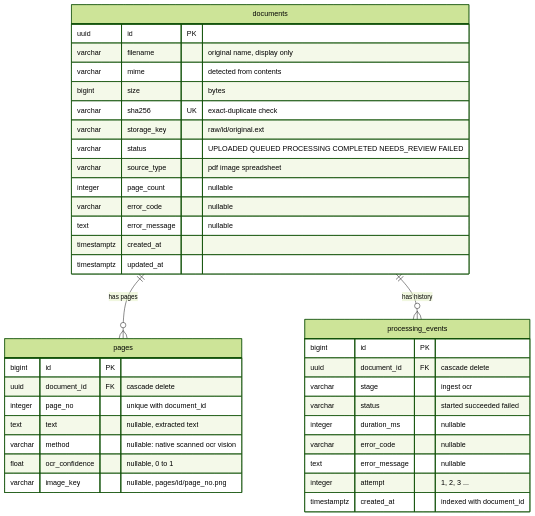
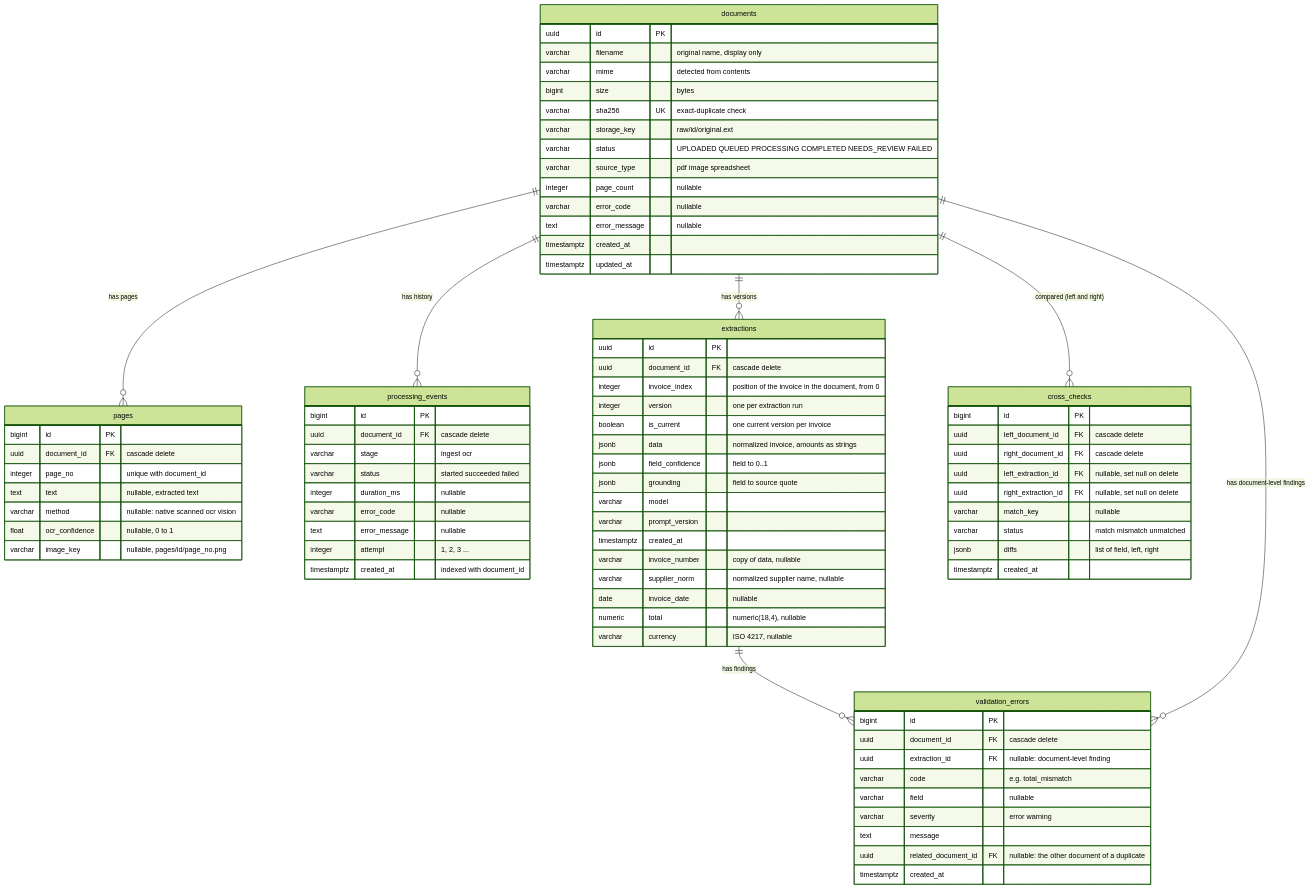
One commit to MdAshiqurRahmanZayed/ai-document-intelligence changed the second of 2 diagrams in docs/database-schema.md. Above: the diagram before and after it, drawn with Mermaid (forest theme). The commit also changed other lines of this file and 4 other files, not shown here.

First line of the commit message:
feat(db): add extraction, validation and cross-check tables

````diff
--- a/docs/database-schema.md
+++ b/docs/database-schema.md
@@ -28,6 +28,10 @@
 erDiagram
     documents ||--o{ pages : "has pages"
     documents ||--o{ processing_events : "has history"
+    documents ||--o{ extractions : "has versions"
+    extractions ||--o{ validation_errors : "has findings"
+    documents ||--o{ validation_errors : "has document-level findings"
+    documents ||--o{ cross_checks : "compared (left and right)"
 
     documents {
         uuid id PK
@@ -66,4 +70,47 @@
         integer attempt "1, 2, 3 ..."
         timestamptz created_at "indexed with document_id"
     }
+
+    extractions {
+        uuid id PK
+        uuid document_id FK "cascade delete"
+        integer invoice_index "position of the invoice in the document, from 0"
+        integer version "one per extraction run"
+        boolean is_current "one current version per invoice"
+        jsonb data "normalized invoice, amounts as strings"
+        jsonb field_confidence "field to 0..1"
+        jsonb grounding "field to source quote"
+        varchar model
+        varchar prompt_version
+        timestamptz created_at
+        varchar invoice_number "copy of data, nullable"
+        varchar supplier_norm "normalized supplier name, nullable"
+        date invoice_date "nullable"
+        numeric total "numeric(18,4), nullable"
+        varchar currency "ISO 4217, nullable"
+    }
+
+    validation_errors {
+        bigint id PK
+        uuid document_id FK "cascade delete"
+        uuid extraction_id FK "nullable: document-level finding"
+        varchar code "e.g. total_mismatch"
+        varchar field "nullable"
+        varchar severity "error warning"
+        text message
+        uuid related_document_id FK "nullable: the other document of a duplicate"
+        timestamptz created_at
+    }
+
+    cross_checks {
+        bigint id PK
+        uuid left_document_id FK "cascade delete"
+        uuid right_document_id FK "cascade delete"
+        uuid left_extraction_id FK "nullable, set null on delete"
+        uuid right_extraction_id FK "nullable, set null on delete"
+        varchar match_key "nullable"
+        varchar status "match mismatch unmatched"
+        jsonb diffs "list of field, left, right"
+        timestamptz created_at
+    }
 ```
````
